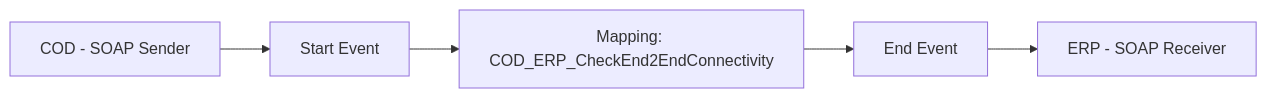
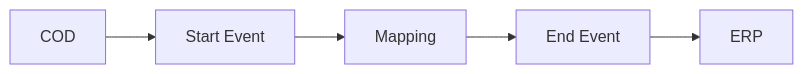
One commit to Avvale-IA-CICD/AvvaleCPI changed the diagram in MMZ - Cell Iflows/Check_Connectivity_to_SAP_Business_Suite_MMZ-1.0.4/readme.md. Above: the diagram before and after it, drawn with Mermaid. The commit also changed other lines of this file, not shown here.

Commit message:
Add/update documentation for Check_Connectivity_to_SAP_Business_Suite_MMZ v1.0.4

````diff
--- a/MMZ - Cell Iflows/Check_Connectivity_to_SAP_Business_Suite_MMZ-1.0.4/readme.md
+++ b/MMZ - Cell Iflows/Check_Connectivity_to_SAP_Business_Suite_MMZ-1.0.4/readme.md
@@ -4,7 +6,7 @@
 ```mermaid
 graph LR
-    COD[COD - SOAP Sender] --> StartEvent[Start Event]
-    StartEvent --> Mapping[Mapping: COD_ERP_CheckEnd2EndConnectivity]
-    Mapping --> EndEvent[End Event]
-    EndEvent --> ERP[ERP - SOAP Receiver]
+    COD[COD] --> StartEvent
+    StartEvent[Start Event] --> Mapping
+    Mapping[Mapping] --> EndEvent
+    EndEvent[End Event] --> ERP[ERP]
 ```
````
